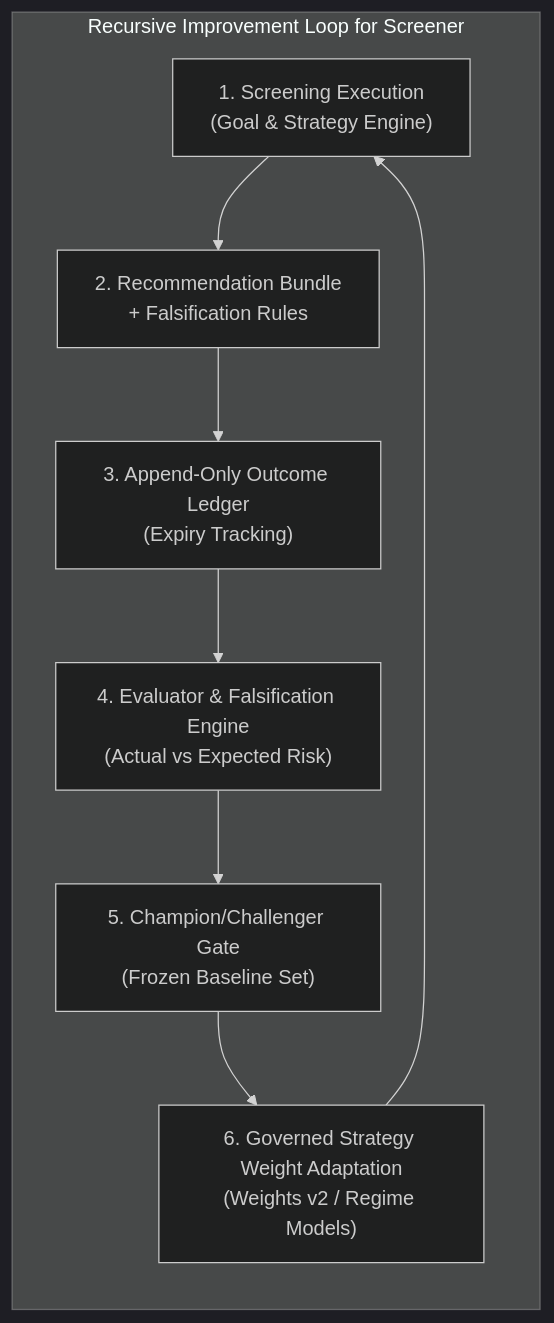
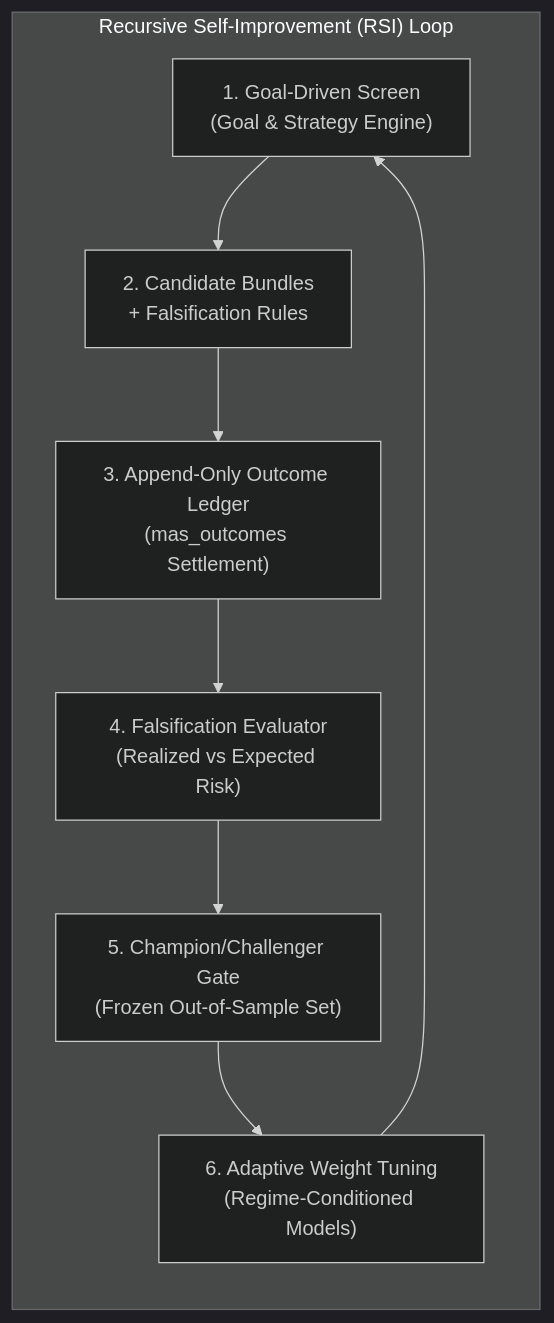
The fourth of 4 diagrams in docs/architecture/application/screener.md (OpenAIMP/cfagent), drawn with Mermaid (dark theme) before and after one commit. The commit also changed other lines of this file, not shown here.

First line of the commit message:
docs: move screener architecture doc and add parity, agent diagrams, and RSI roadmap

````diff
--- a/docs/architecture/application/screener.md
+++ b/docs/architecture/application/screener.md
@@ -236,11 +316,11 @@
 ```mermaid
 flowchart LR
-    subgraph RSI_Loop ["Recursive Improvement Loop for Screener"]
-        A["1. Screening Execution\n(Goal & Strategy Engine)"] --> B["2. Recommendation Bundle\n+ Falsification Rules"]
-        B --> C["3. Append-Only Outcome Ledger\n(Expiry Tracking)"]
-        C --> D["4. Evaluator & Falsification Engine\n(Actual vs Expected Risk)"]
-        D --> E["5. Champion/Challenger Gate\n(Frozen Baseline Set)"]
-        E --> F["6. Governed Strategy Weight Adaptation\n(Weights v2 / Regime Models)"]
+    subgraph RSI_Loop ["Recursive Self-Improvement (RSI) Loop"]
+        A["1. Goal-Driven Screen<br/>(Goal & Strategy Engine)"] --> B["2. Candidate Bundles<br/>+ Falsification Rules"]
+        B --> C["3. Append-Only Outcome Ledger<br/>(mas_outcomes Settlement)"]
+        C --> D["4. Falsification Evaluator<br/>(Realized vs Expected Risk)"]
+        D --> E["5. Champion/Challenger Gate<br/>(Frozen Out-of-Sample Set)"]
+        E --> F["6. Adaptive Weight Tuning<br/>(Regime-Conditioned Models)"]
         F --> A
     end
 ```
````
